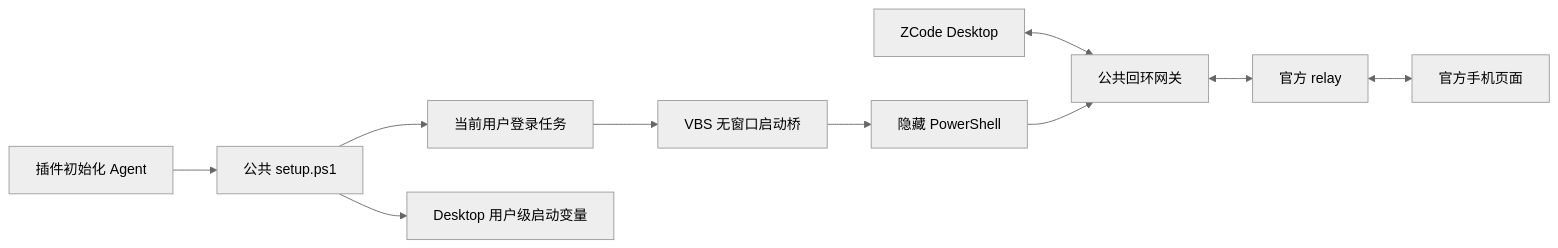
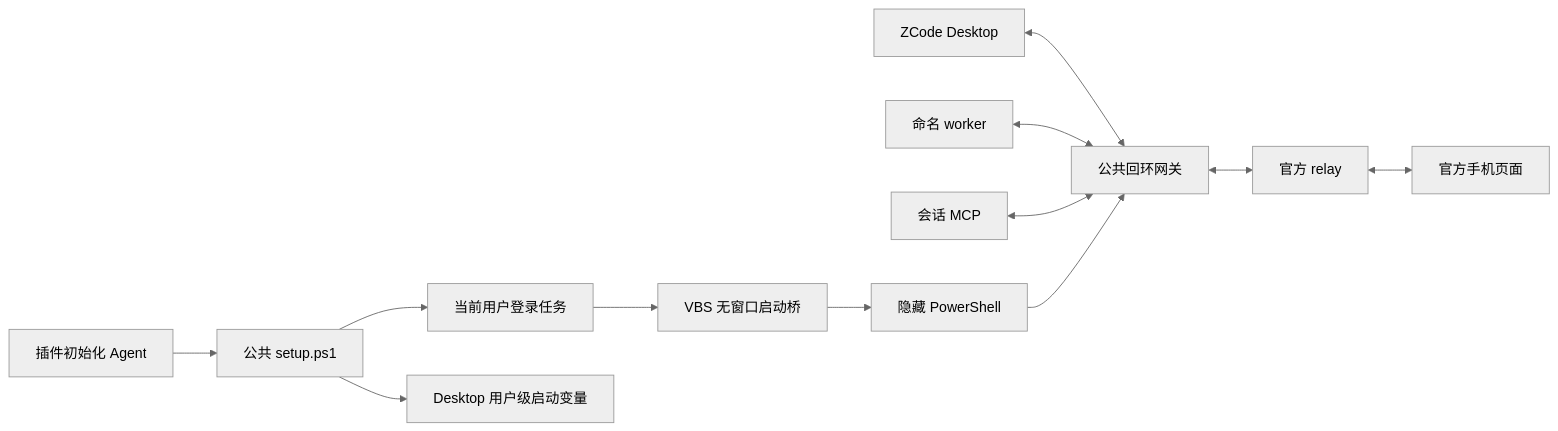
Before and after one commit to ONEGAYI/ZCode-Plugins: the diagram in suian-zcode-common/README.md, drawn with Mermaid (neutral theme). The commit also changed other lines of this file and 33 other files, not shown here.

````diff
--- a/suian-zcode-common/README.md
+++ b/suian-zcode-common/README.md
@@ -7,12 +7,14 @@
 ```mermaid
 flowchart LR
   Desktop[ZCode Desktop] <--> Gateway[公共回环网关]
   Gateway <--> Relay[官方 relay]
   Relay <--> Phone[官方手机页面]
+  Naming[命名 worker] <--> Gateway
+  MCP[会话 MCP] <--> Gateway
   Agent[插件初始化 Agent] --> Setup[公共 setup.ps1]
   Setup --> Task[当前用户登录任务]
   Task --> VBS[VBS 无窗口启动桥]
   VBS --> PS[隐藏 PowerShell]
   PS --> Gateway
   Setup --> Env[Desktop 用户级启动变量]
 ```
````
